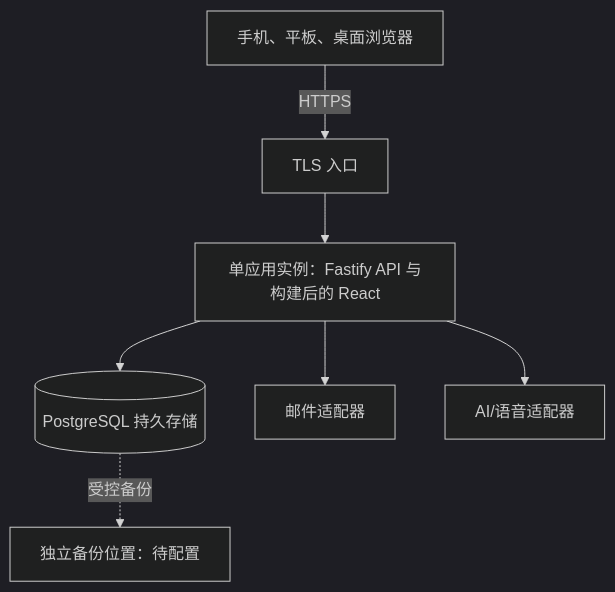
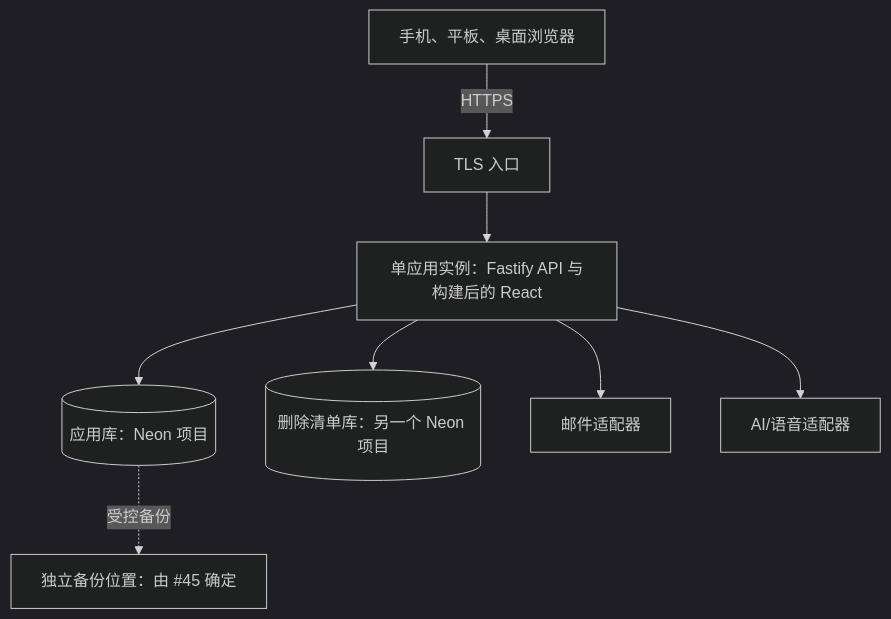
One commit to juanchaopan/education changed the fourth of 5 diagrams in docs/architecture/overview.md. Above: the diagram before and after it, drawn with Mermaid (dark theme). The commit also changed other lines of this file and 4 other files, not shown here.

First line of the commit message:
docs(architecture): host every application and deletion ledger database on Neon (#111)

````diff
--- a/docs/architecture/overview.md
+++ b/docs/architecture/overview.md
@@ -147,9 +149,10 @@
 ```mermaid
 flowchart TB
   browser[手机、平板、桌面浏览器] -->|HTTPS| ingress[TLS 入口]
   ingress --> app[单应用实例：Fastify API 与构建后的 React]
-  app --> pg[(PostgreSQL 持久存储)]
-  pg -. 受控备份 .-> backup[独立备份位置：待配置]
+  app --> pg[(应用库：Neon 项目)]
+  app --> ledger[(删除清单库：另一个 Neon 项目)]
+  pg -. 受控备份 .-> backup[独立备份位置：由 #45 确定]
   app --> email[邮件适配器]
   app --> provider[AI/语音适配器]
 ```
````
